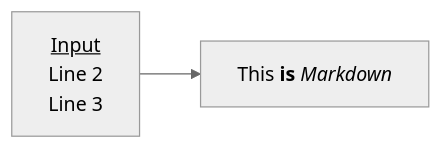
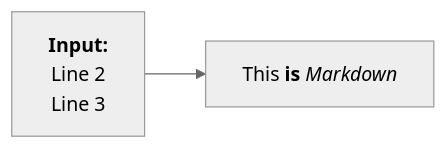
One commit to bmw-ece-ntust/wilfrid-prach-attack-analysis changed the third of 3 diagrams in docs/20250307 Thesis (PRACH Attack Problem Definition).md. Above: the diagram before and after it, drawn with Mermaid (neutral theme).

Commit message:
Update 20250307 Thesis (PRACH Attack Problem Definition).md

````diff
--- a/docs/20250307 Thesis (PRACH Attack Problem Definition).md
+++ b/docs/20250307 Thesis (PRACH Attack Problem Definition).md
@@ -178,8 +178,8 @@
 ```mermaid
 flowchart LR
     markdown["`This **is** _Markdown_`"]
-    input["`<ins>Input</ins>
+    input["`**Input:**
     Line 2
     Line 3`"]
     input --> markdown
 ```
````
